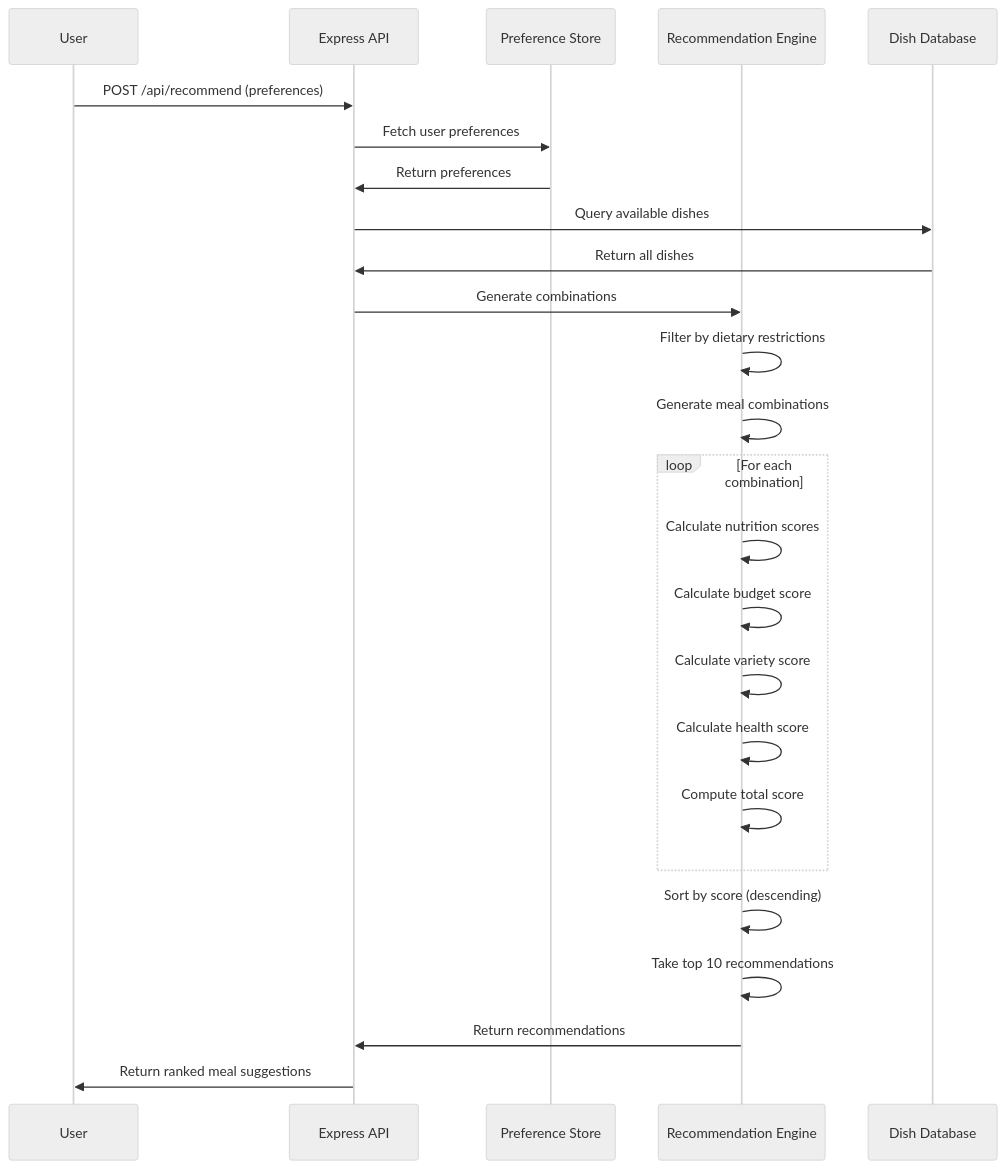
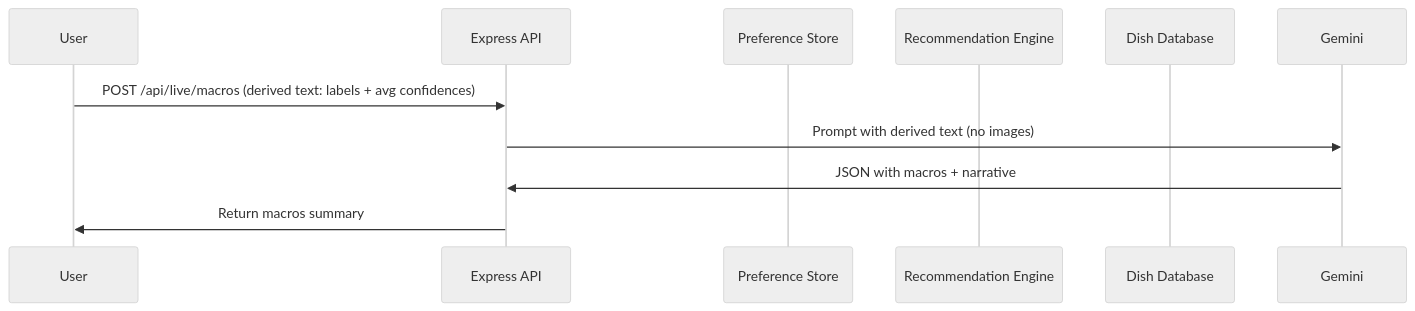
Before and after one commit to gongahkia/caipng: the fourth of 5 diagrams in README.md, drawn with Mermaid (neutral theme). The commit also changed other lines of this file and 10 other files, not shown here.

````diff
--- a/README.md
+++ b/README.md
@@ -206,33 +193,17 @@
 ```mermaid
 sequenceDiagram
     participant U as User
     participant API as Express API
     participant Pref as Preference Store
     participant Rec as Recommendation Engine
     participant DB as Dish Database
 
-    U->>API: POST /api/recommend (preferences)
-    API->>Pref: Fetch user preferences
-    Pref->>API: Return preferences
-    
-    API->>DB: Query available dishes
-    DB->>API: Return all dishes
-    
-    API->>Rec: Generate combinations
-    Rec->>Rec: Filter by dietary restrictions
-    Rec->>Rec: Generate meal combinations
-    
-    loop For each combination
-        Rec->>Rec: Calculate nutrition scores
-        Rec->>Rec: Calculate budget score
-        Rec->>Rec: Calculate variety score
-        Rec->>Rec: Calculate health score
-        Rec->>Rec: Compute total score
-    end
-    
-    Rec->>Rec: Sort by score (descending)
-    Rec->>Rec: Take top 10 recommendations
-    Rec->>API: Return recommendations
-    
-    API->>U: Return ranked meal suggestions
+  participant U as User
+  participant API as Express API
+  participant LLM as Gemini
+
+  U->>API: POST /api/live/macros (derived text: labels + avg confidences)
+  API->>LLM: Prompt with derived text (no images)
+  LLM->>API: JSON with macros + narrative
+  API->>U: Return macros summary
 ```
````
